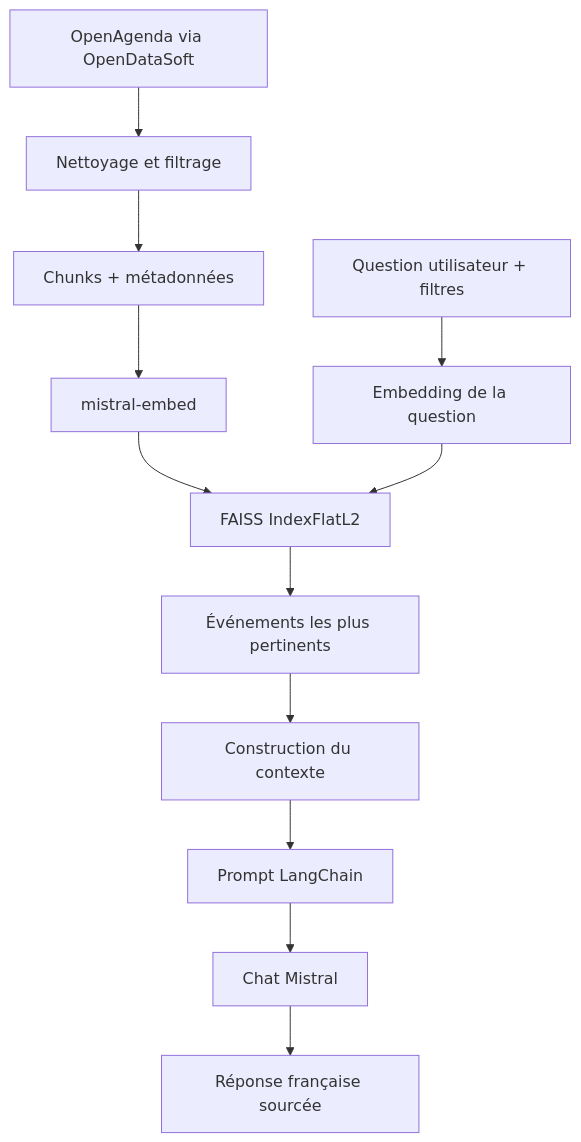
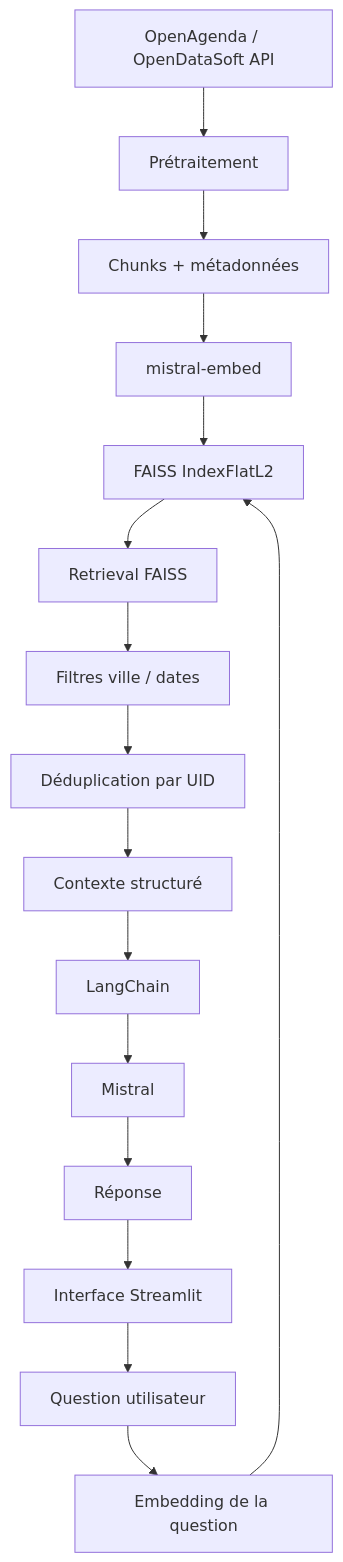
One commit to Hassna-elbousiydy/Puls_Events_RAG changed the diagram in README.md. Above: the diagram before and after it, drawn with Mermaid. The commit also changed other lines of this file and 4 other files, not shown here.

````diff
--- a/README.md
+++ b/README.md
@@ -20,15 +66,22 @@
 ```mermaid
 flowchart TD
-  A[OpenAgenda via OpenDataSoft] --> B[Nettoyage et filtrage]
-  B --> C[Chunks + métadonnées]
-  C --> D[mistral-embed]
-  D --> E[FAISS IndexFlatL2]
 
-  Q[Question utilisateur + filtres] --> R[Embedding de la question]
-  R --> E
-  E --> S[Événements les plus pertinents]
-  S --> CXT[Construction du contexte]
-  CXT --> P[Prompt LangChain]
-  P --> M[Chat Mistral]
-  M --> F[Réponse française sourcée]
+    A[OpenAgenda / OpenDataSoft API] --> B[Prétraitement]
+    B --> C[Chunks + métadonnées]
+    C --> D[mistral-embed]
+    D --> E[FAISS IndexFlatL2]
+
+    UI[Interface Streamlit] --> Q[Question utilisateur]
+    Q --> R[Embedding de la question]
+    R --> E
+
+    E --> F[Retrieval FAISS]
+    F --> G[Filtres ville / dates]
+    G --> H[Déduplication par UID]
+    H --> I[Contexte structuré]
+
+    I --> J[LangChain]
+    J --> K[Mistral]
+    K --> L[Réponse]
+    L --> UI
 ```
````
